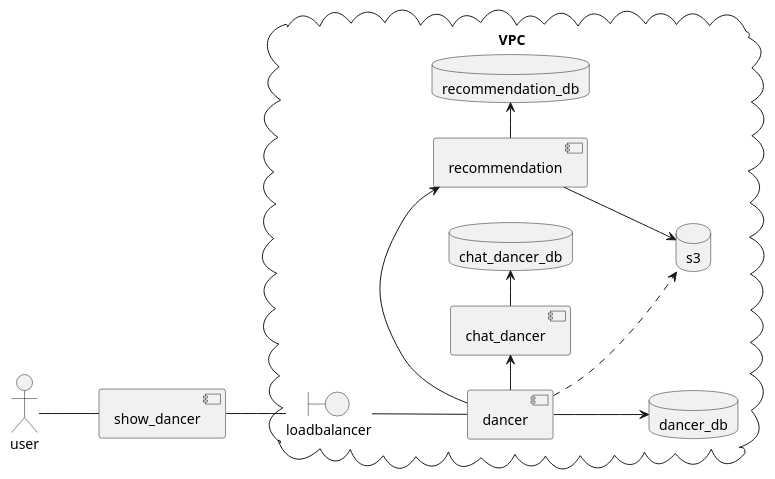
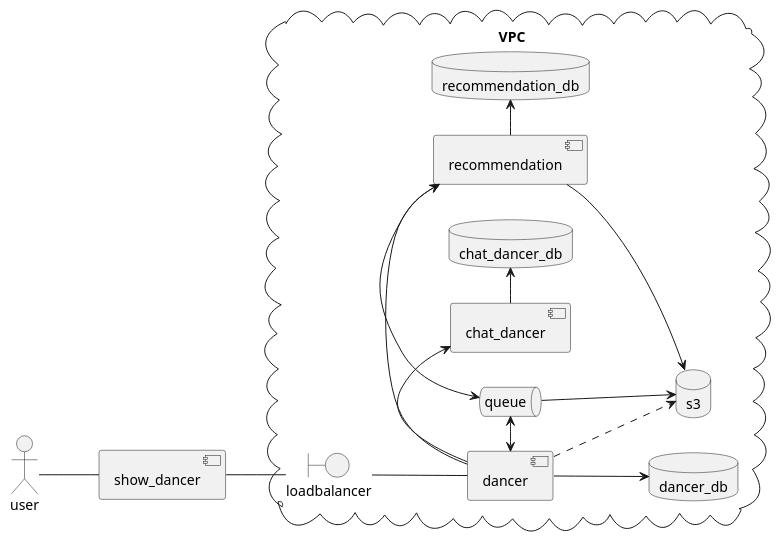
Before and after one commit to dancier/documentation: the first of 5 diagrams in src/main/jbake/content/documentation/arc42/src/04_solution_strategy.adoc, drawn with PlantUML.

Commit message:
added queue to decouple systems

```diff
--- a/src/main/jbake/content/documentation/arc42/src/04_solution_strategy.adoc
+++ b/src/main/jbake/content/documentation/arc42/src/04_solution_strategy.adoc
@@ -6,34 +6,41 @@
 [plantuml, high-level-architecture, svg]
 ....
 @startuml
 left to right direction
 actor user
 component show_dancer
 cloud VPC {
    boundary loadbalancer
    component dancer
    database dancer_db
 
    component chat_dancer
    database  chat_dancer_db
 
    component recommendation
    database recommendation_db
 
    database s3
+
+   queue queue
 }
 user -- show_dancer
 show_dancer -- loadbalancer
 loadbalancer -- dancer
 dancer --> dancer_db
 dancer ..> s3
 dancer -> recommendation
 dancer -> chat_dancer
 
 recommendation -> s3
 recommendation -> recommendation_db
 
 chat_dancer -> chat_dancer_db
 
+dancer <-> queue
+queue <-> recommendation
+
+queue -> s3
+
 @enduml
 ....
```
